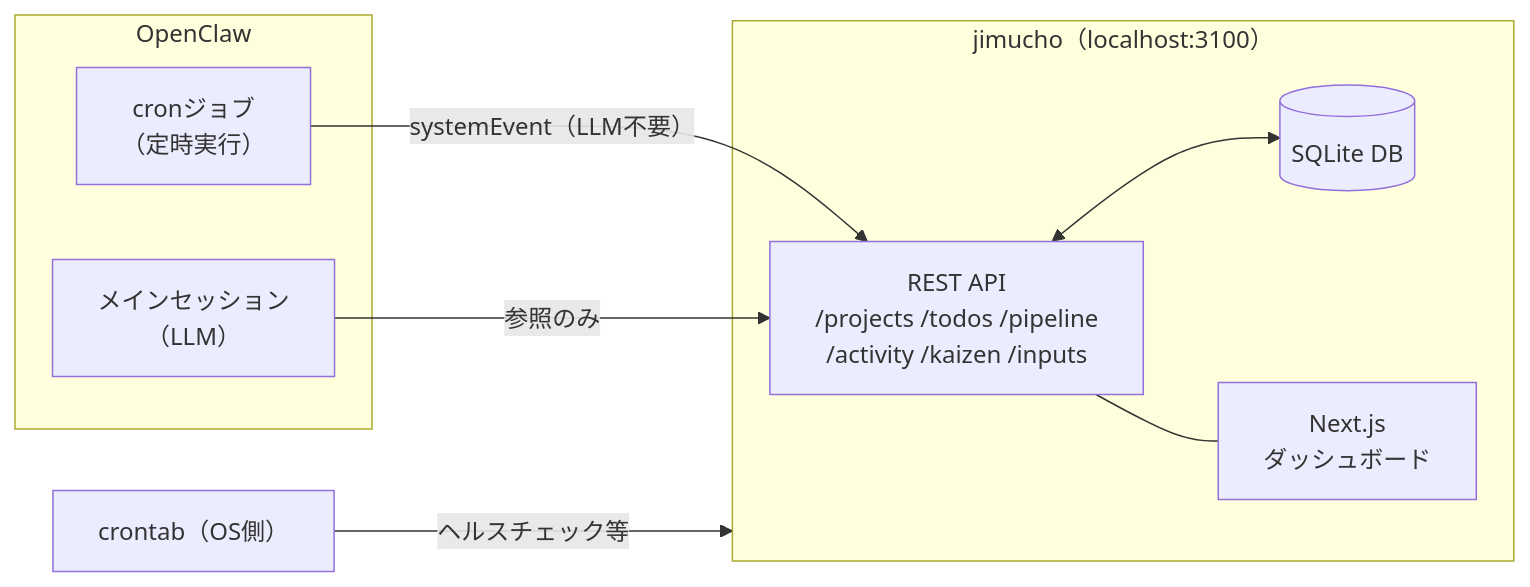
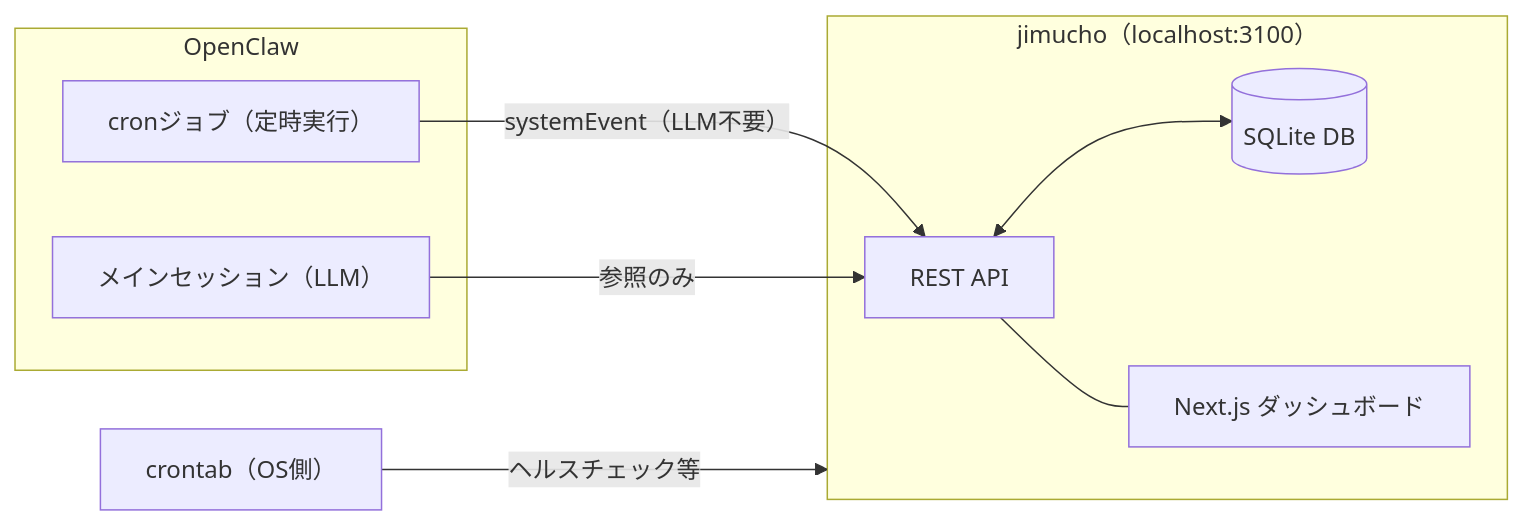
One commit to imudak/maruhuku-contents changed the third of 3 diagrams in articles/ai-autonomous-workflow-delegation.md. Above: the diagram before and after it, drawn with Mermaid. The commit also changed other lines of this file, not shown here.

Commit message:
fix: Mermaid図を分割してBefore→After順序を修正、改行文字修正

````diff
--- a/articles/ai-autonomous-workflow-delegation.md
+++ b/articles/ai-autonomous-workflow-delegation.md
@@ -87,21 +80,21 @@
 ```mermaid
 flowchart LR
     os_cron["crontab（OS側）"]
 
     subgraph OC["OpenClaw"]
-        oc_cron["cronジョブ\n（定時実行）"]
-        oc_main["メインセッション\n（LLM）"]
+        oc_cron["cronジョブ（定時実行）"]
+        oc_main["メインセッション（LLM）"]
     end
 
     subgraph JM["jimucho（localhost:3100）"]
-        jm_api["REST API\n/projects /todos /pipeline\n/activity /kaizen /inputs"]
+        jm_api["REST API"]
         jm_db[(SQLite DB)]
-        jm_ui["Next.js\nダッシュボード"]
+        jm_ui["Next.js ダッシュボード"]
         jm_api <--> jm_db
         jm_api --- jm_ui
     end
 
     os_cron -->|"ヘルスチェック等"| JM
     oc_cron -->|"systemEvent（LLM不要）"| jm_api
     oc_main -->|"参照のみ"| jm_api
 ```
````
